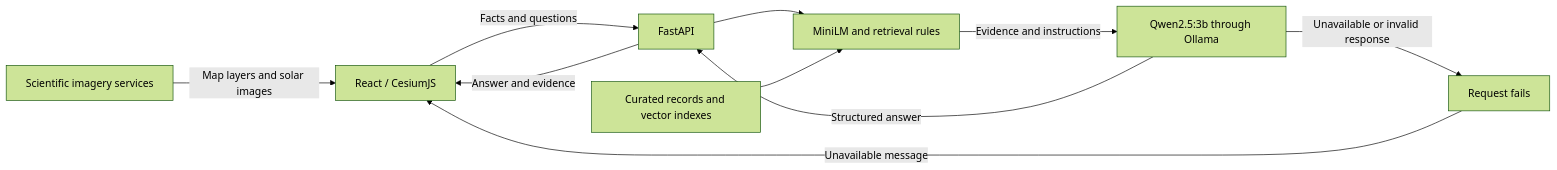
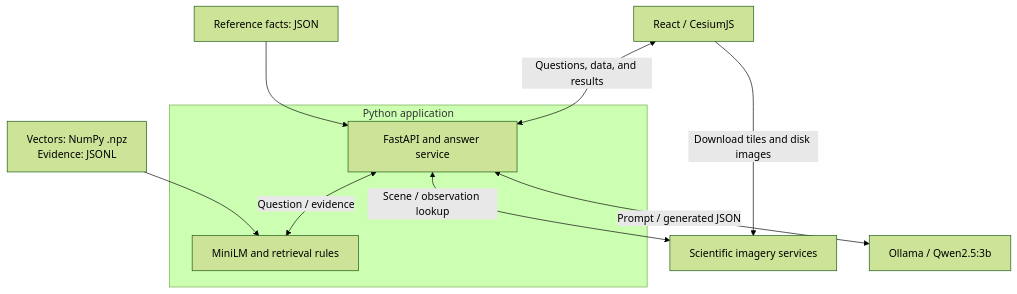
The diagram in README.md (Kongstad/planetary-scanner), drawn with Mermaid (forest theme) before and after one commit. The commit also changed other lines of this file and 93 other files, not shown here.

````diff
--- a/README.md
+++ b/README.md
@@ -67,12 +67,17 @@
 ```mermaid
-flowchart LR
-    Browser[React / CesiumJS] -->|Facts and questions| API[FastAPI]
-    Imagery[Scientific imagery services] -->|Map layers and solar images| Browser
-    API --> Retriever[MiniLM and retrieval rules]
-    Facts[Curated records and vector indexes] --> Retriever
-    Retriever -->|Evidence and instructions| Model[Qwen2.5:3b through Ollama]
-    Model -->|Structured answer| API
-    API -->|Answer and evidence| Browser
-    Model -->|Unavailable or invalid response| Failure[Request fails]
-    Failure -->|Unavailable message| Browser
+flowchart TB
+    Browser["React / CesiumJS"]
+
+    subgraph Backend["Python application"]
+        API["FastAPI and answer service"]
+        Retrieval["MiniLM and retrieval rules"]
+        API <-->|Question / evidence| Retrieval
+    end
+
+    Browser <-->|Questions, data, and results| API
+    Browser -->|Download tiles and disk images| Imagery["Scientific imagery services"]
+    API <-->|Scene / observation lookup| Imagery
+    API <-->|Prompt / generated JSON| Ollama["Ollama / Qwen2.5:3b"]
+    Facts["Reference facts: JSON"] --> API
+    Records["Vectors: NumPy .npz<br/>Evidence: JSONL"] --> Retrieval
 ```
````
